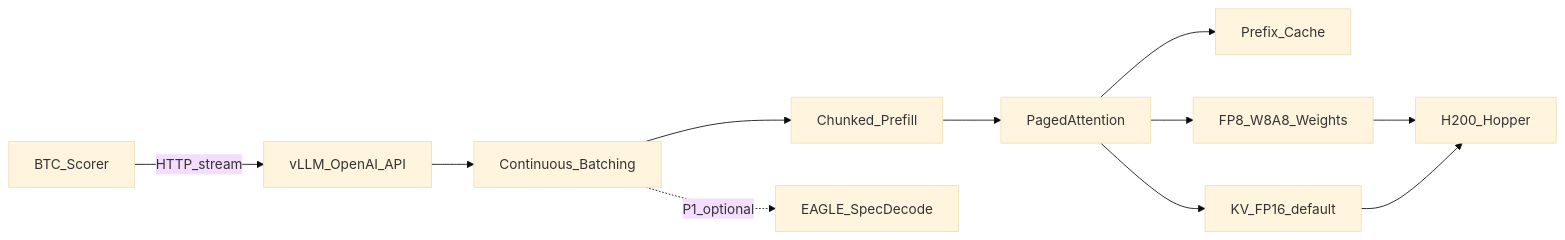
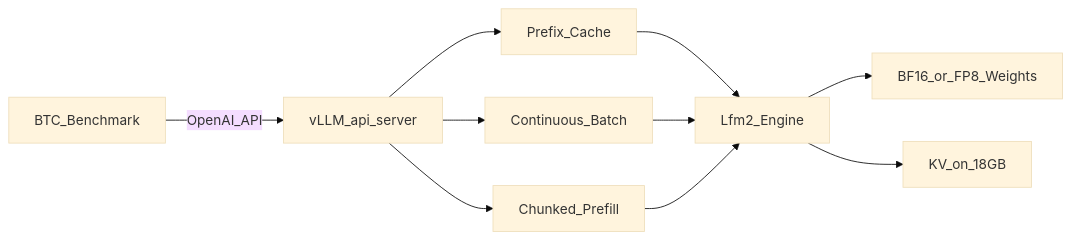
One commit to BennedictQuanTon/Develarper_Viettel_AI_Race_2026 changed the second of 3 diagrams in CONTEXT.md. Above: the diagram before and after it, drawn with Mermaid (base theme). The commit also changed other lines of this file and 15 other files, not shown here.

````diff
--- a/CONTEXT.md
+++ b/CONTEXT.md
@@ -110,13 +82,12 @@
 ```mermaid
 flowchart LR
-  BTCClient[BTC_Scorer] -->|HTTP_stream| API[vLLM_OpenAI_API]
-  API --> Sched[Continuous_Batching]
-  Sched --> Chunk[Chunked_Prefill]
-  Chunk --> Attn[PagedAttention]
-  Attn --> PC[Prefix_Cache]
-  Attn --> W[FP8_W8A8_Weights]
-  Attn --> KV[KV_FP16_default]
-  Sched -.->|P1_optional| Spec[EAGLE_SpecDecode]
-  W --> H200[H200_Hopper]
-  KV --> H200
+  BTC[BTC_Benchmark] -->|OpenAI_API| API[vLLM_api_server]
+  API --> PC[Prefix_Cache]
+  API --> CB[Continuous_Batch]
+  API --> CP[Chunked_Prefill]
+  PC --> Eng[Lfm2_Engine]
+  CB --> Eng
+  CP --> Eng
+  Eng --> W[BF16_or_FP8_Weights]
+  Eng --> KV[KV_on_18GB]
 ```
````
